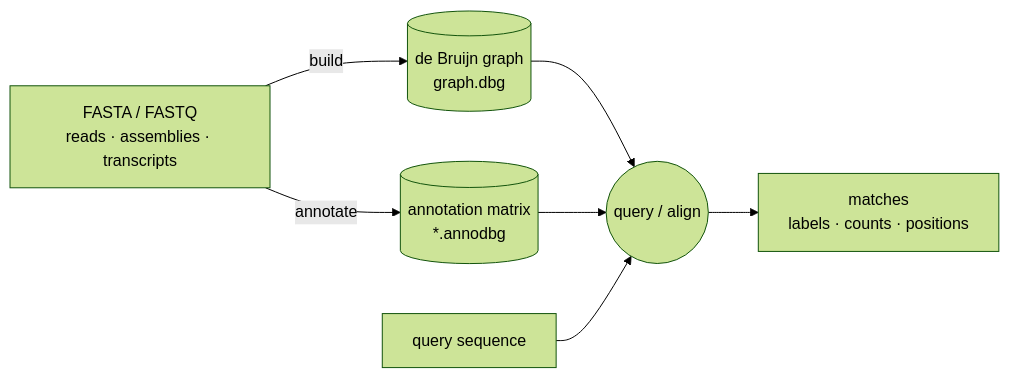
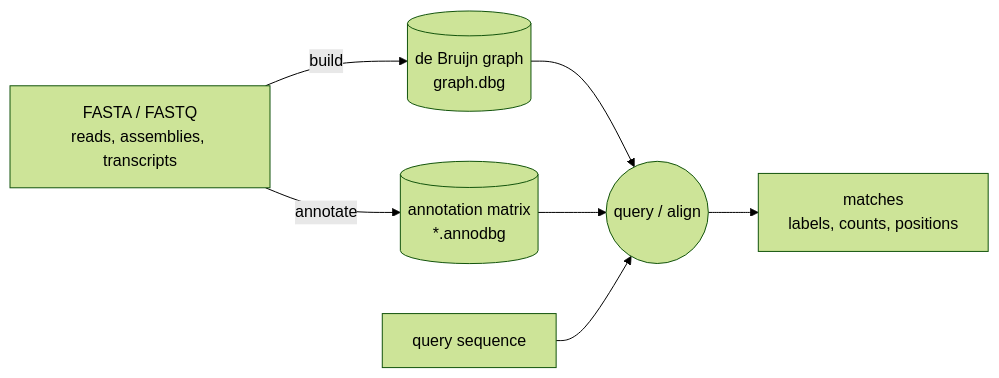
One commit to ratschlab/metagraph changed the diagram in README.md. Above: the diagram before and after it, drawn with Mermaid (forest theme). The commit also changed other lines of this file and 3 other files, not shown here.

````diff
--- a/README.md
+++ b/README.md
@@ -21,10 +24,10 @@
 ```mermaid
 flowchart LR
-    F["FASTA / FASTQ<br/>reads · assemblies · transcripts"]
+    F["FASTA / FASTQ<br/>reads, assemblies, transcripts"]
     F -->|build| G[("de Bruijn graph<br/>graph.dbg")]
     F -->|annotate| M[("annotation matrix<br/>*.annodbg")]
     G --> Q(("query / align"))
     M --> Q
     Qseq["query sequence"] --> Q
-    Q --> R["matches<br/>labels · counts · positions"]
+    Q --> R["matches<br/>labels, counts, positions"]
 ```
````
